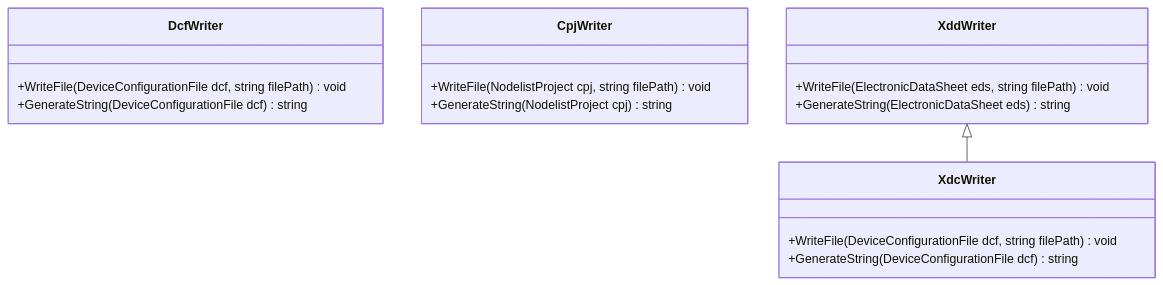
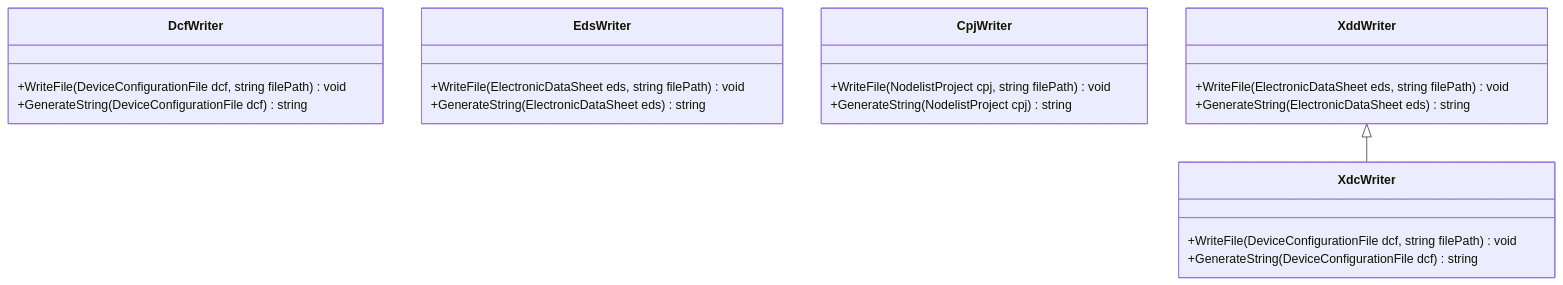
Before and after one commit to dborgards/eds-dcf-net: the third of 7 diagrams in docs/architecture/05-building-block-view.md, drawn with Mermaid. The commit also changed other lines of this file and 18 other files, not shown here.

First line of the commit message:
feat: add EDS writer API with tests and docs (#78)

````diff
--- a/docs/architecture/05-building-block-view.md
+++ b/docs/architecture/05-building-block-view.md
@@ -119,24 +120,29 @@
 ```mermaid
 classDiagram
     class DcfWriter {
         +WriteFile(DeviceConfigurationFile dcf, string filePath) void
         +GenerateString(DeviceConfigurationFile dcf) string
+    }
+
+    class EdsWriter {
+        +WriteFile(ElectronicDataSheet eds, string filePath) void
+        +GenerateString(ElectronicDataSheet eds) string
     }
 
     class CpjWriter {
         +WriteFile(NodelistProject cpj, string filePath) void
         +GenerateString(NodelistProject cpj) string
     }
 
     class XddWriter {
         +WriteFile(ElectronicDataSheet eds, string filePath) void
         +GenerateString(ElectronicDataSheet eds) string
     }
 
     class XdcWriter {
         +WriteFile(DeviceConfigurationFile dcf, string filePath) void
         +GenerateString(DeviceConfigurationFile dcf) string
     }
 
     XddWriter <|-- XdcWriter
 ```
````
